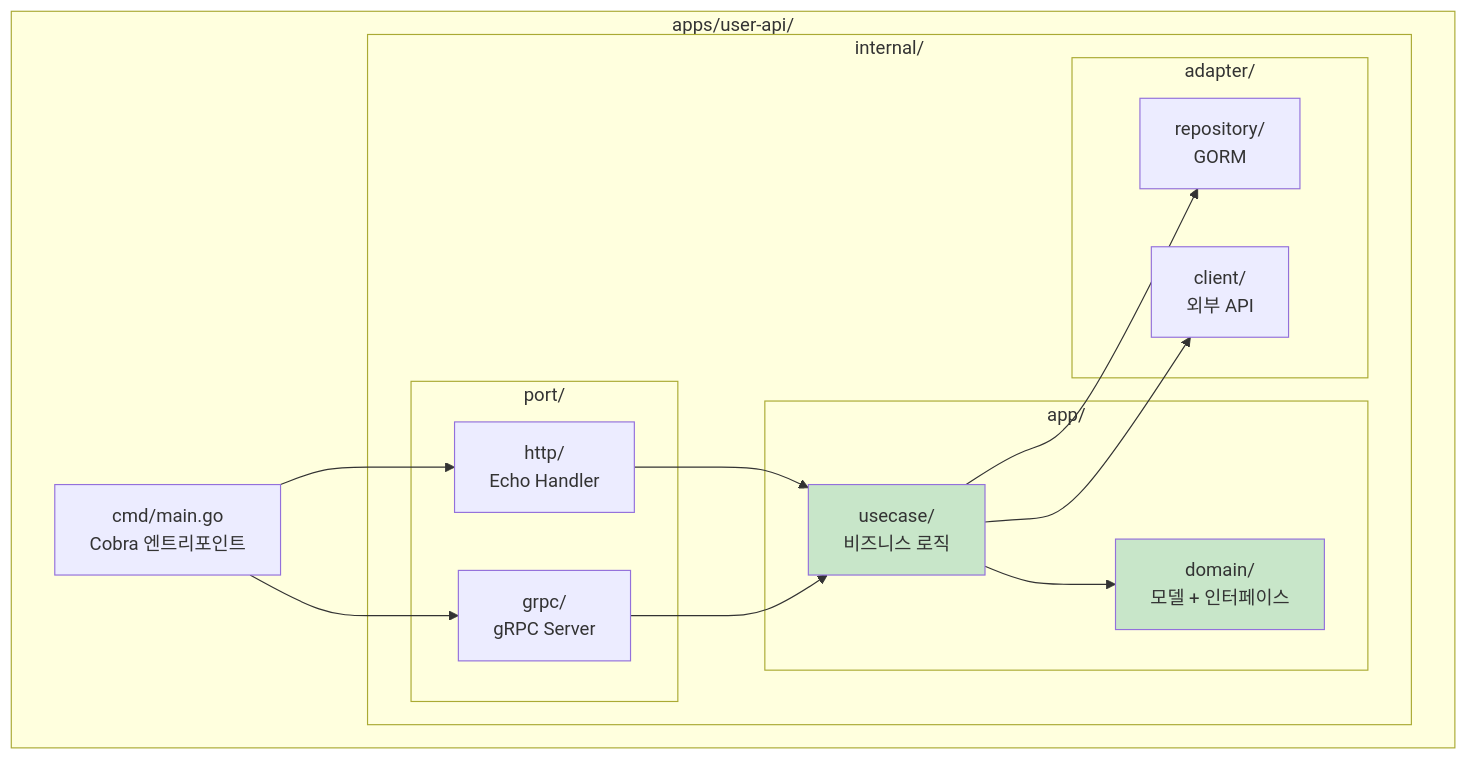
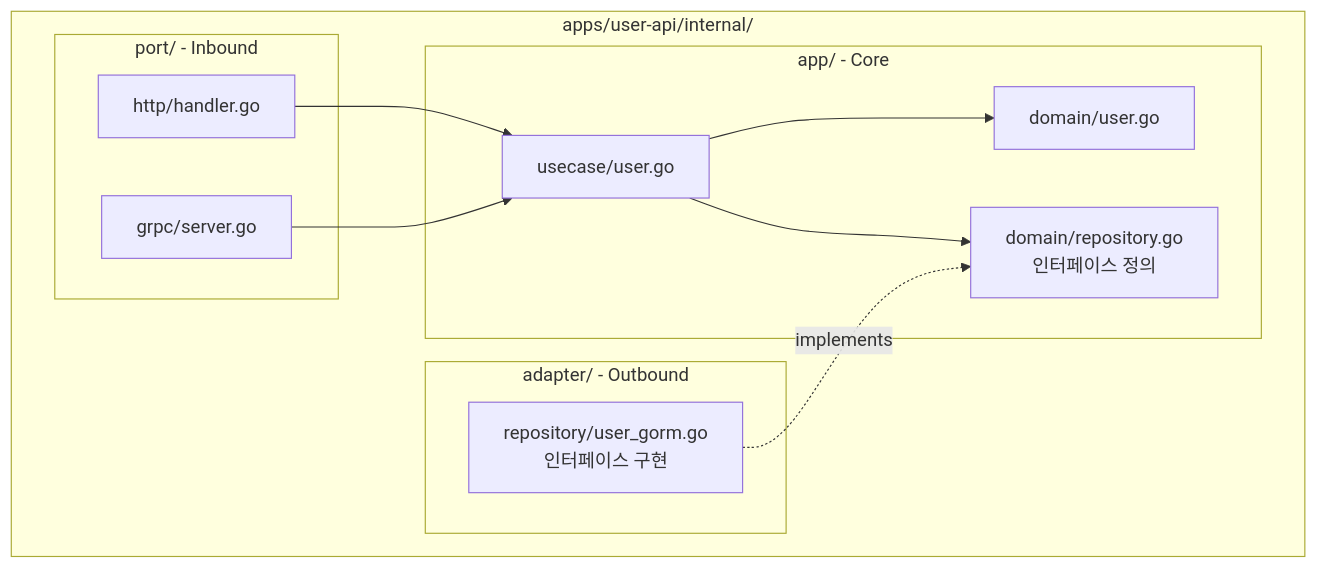
One commit to KimSeogyu/KimSeogyu.github.io changed the second of 3 diagrams in src/content/backend/go/enterprise-go-1-project-structure.md. Above: the diagram before and after it, drawn with Mermaid. The commit also changed other lines of this file and 7 other files, not shown here.

````diff
--- a/src/content/backend/go/enterprise-go-1-project-structure.md
+++ b/src/content/backend/go/enterprise-go-1-project-structure.md
@@ -177,34 +119,25 @@
 ```mermaid
 graph TB
-    subgraph "apps/user-api/"
-        CMD[cmd/main.go<br/>Cobra 엔트리포인트]
+    subgraph "apps/user-api/internal/"
+        subgraph "port/ - Inbound"
+            HTTP[http/handler.go]
+            GRPC[grpc/server.go]
+        end
         
-        subgraph internal/
-            subgraph port/
-                HTTP_PORT[http/<br/>Echo Handler]
-                GRPC_PORT[grpc/<br/>gRPC Server]
-            end
-            
-            subgraph app/
-                USECASE[usecase/<br/>비즈니스 로직]
-                DOMAIN[domain/<br/>모델 + 인터페이스]
-            end
-            
-            subgraph adapter/
-                REPO[repository/<br/>GORM]
-                CLIENT[client/<br/>외부 API]
-            end
+        subgraph "app/ - Core"
+            UC[usecase/user.go]
+            DOM[domain/user.go]
+            PORT_OUT[domain/repository.go<br/>인터페이스 정의]
+        end
+        
+        subgraph "adapter/ - Outbound"
+            REPO[repository/user_gorm.go<br/>인터페이스 구현]
         end
     end
     
-    CMD --> HTTP_PORT
-    CMD --> GRPC_PORT
-    HTTP_PORT --> USECASE
-    GRPC_PORT --> USECASE
-    USECASE --> DOMAIN
-    USECASE --> REPO
-    USECASE --> CLIENT
-    
-    style DOMAIN fill:#c8e6c9
-    style USECASE fill:#c8e6c9
+    HTTP --> UC
+    GRPC --> UC
+    UC --> DOM
+    UC --> PORT_OUT
+    REPO -.->|implements| PORT_OUT
 ```
````
